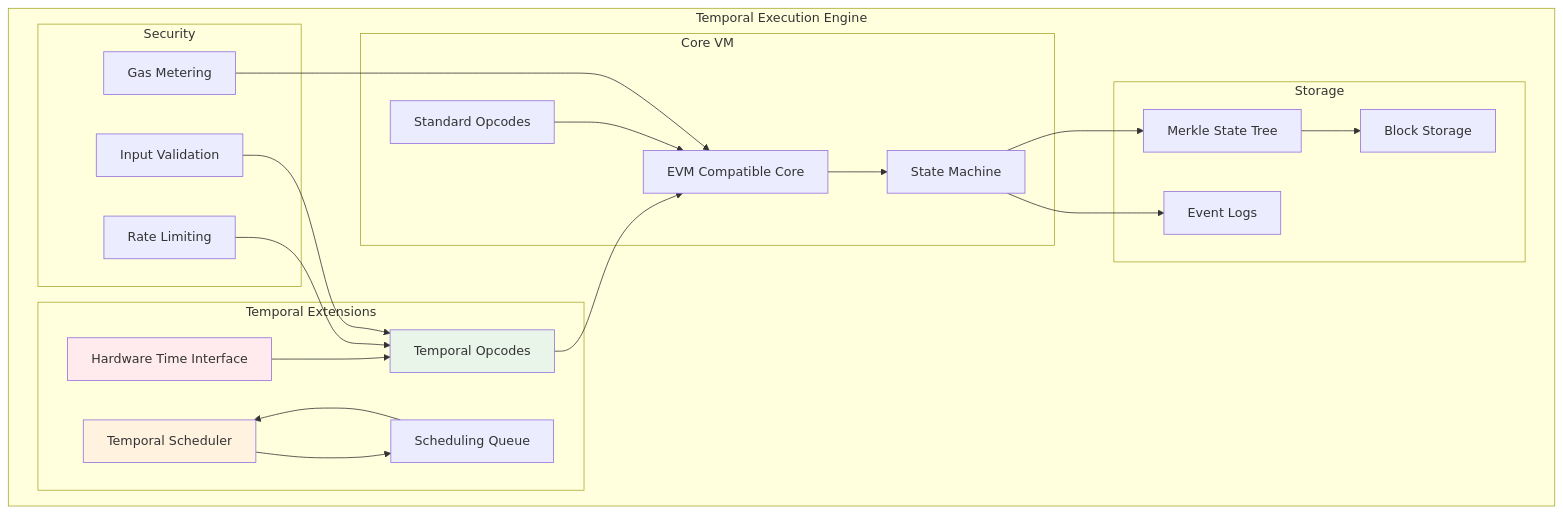
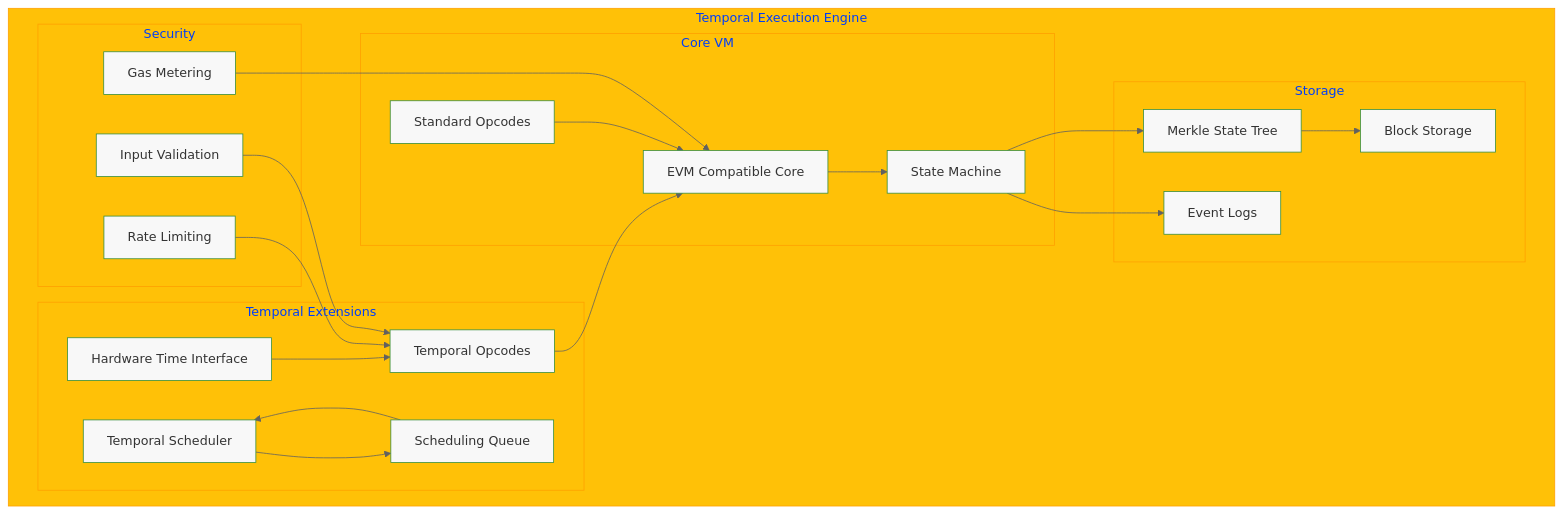
The sixth of 10 diagrams in docs/architecture.md (nshkrdotcom/ChronoLedger), drawn with Mermaid before and after one commit. The commit also changed other lines of this file and 6 other files, not shown here.

````diff
--- a/docs/architecture.md
+++ b/docs/architecture.md
@@ -288,49 +326,56 @@
 ```mermaid
+%%{init: {'theme': 'base', 'themeVariables': {
+    'primaryColor': '#4CAF50',
+    'primaryBorderColor': '#388E3C',
+    'secondaryColor': '#2196F3',
+    'secondaryBorderColor': '#1976D2',
+    'tertiaryColor': '#FFC107',
+    'tertiaryBorderColor': '#FFA000',
+    'lineColor': '#616161',
+    'textColor': '#212121',
+    'mainBkg': '#F8F8F8'
+}}}%%
 graph TD
     subgraph "Temporal Execution Engine"
         subgraph "Core VM"
             EVM[EVM Compatible Core]
             OPCODES[Standard Opcodes]
             STATE[State Machine]
         end
         
         subgraph "Temporal Extensions"
             TEMP_OPS[Temporal Opcodes]
             SCHEDULER[Temporal Scheduler]
             QUEUE[Scheduling Queue]
             TIMER[Hardware Time Interface]
         end
         
         subgraph "Security"
             GAS[Gas Metering]
             LIMITS[Rate Limiting]
             VALIDATION[Input Validation]
         end
         
         subgraph "Storage"
             MERKLE[Merkle State Tree]
             BLOCKS[Block Storage]
             LOGS[Event Logs]
         end
     end
     
     TEMP_OPS --> EVM
     SCHEDULER --> QUEUE
     TIMER --> TEMP_OPS
     QUEUE --> SCHEDULER
     
     EVM --> STATE
     STATE --> MERKLE
     OPCODES --> EVM
     
     GAS --> EVM
     LIMITS --> TEMP_OPS
     VALIDATION --> TEMP_OPS
     
     MERKLE --> BLOCKS
     STATE --> LOGS
-    
-    style TEMP_OPS fill:#e8f5e8
-    style SCHEDULER fill:#fff3e0
-    style TIMER fill:#ffebee
 ```
````
